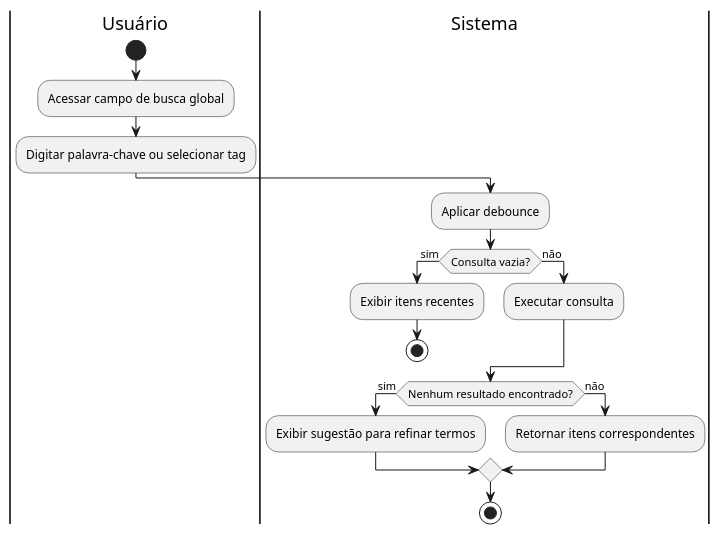
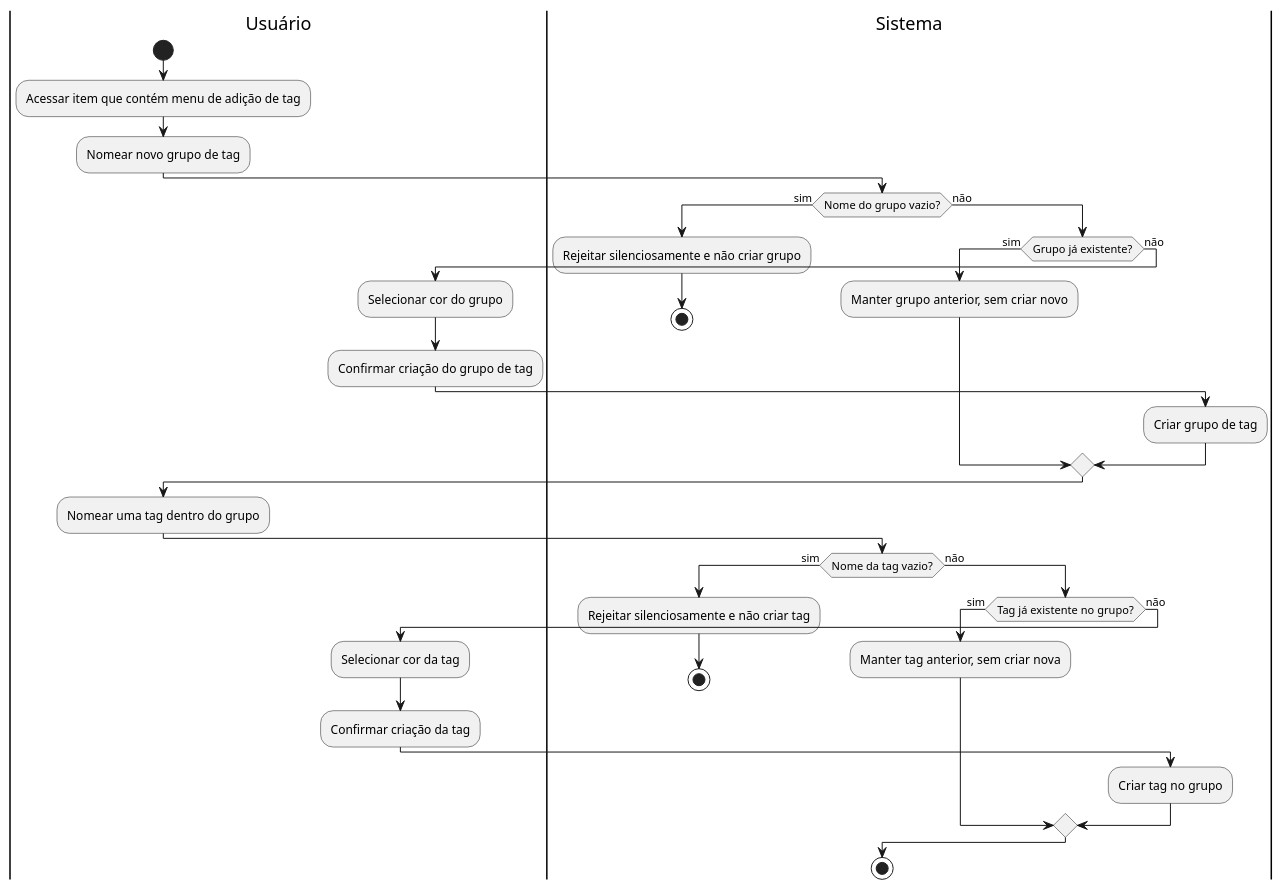
Before and after one commit to aspiringluke/Projeto-Integrado-Mobile: the diagram in docs/casosUso/uml/diagramas_atividade/diagrama_atividade_UC13.puml, drawn with PlantUML. The commit also changed 31 other files, not shown here.

```diff
--- a/docs/casosUso/uml/diagramas_atividade/diagrama_atividade_UC13.puml
+++ b/docs/casosUso/uml/diagramas_atividade/diagrama_atividade_UC13.puml
@@ -1,24 +1,44 @@
 @startuml diagrama_UC13
 
 |Usuário|
 start
-:Acessar campo de busca global;
-:Digitar palavra-chave ou selecionar tag;
+:Acessar item que contém menu de adição de tag;
+:Nomear novo grupo de tag;
 
 |Sistema|
-:Aplicar debounce;
-if (Consulta vazia?) then (sim)
-  :Exibir itens recentes;
+if (Nome do grupo vazio?) then (sim)
+  :Rejeitar silenciosamente e não criar grupo;
   stop
 else (não)
-  :Executar consulta;
+  if (Grupo já existente?) then (sim)
+    :Manter grupo anterior, sem criar novo;
+  else (não)
+    |Usuário|
+    :Selecionar cor do grupo;
+    :Confirmar criação do grupo de tag;
+    |Sistema|
+    :Criar grupo de tag;
+  endif
 endif
 
-if (Nenhum resultado encontrado?) then (sim)
-  :Exibir sugestão para refinar termos;
+|Usuário|
+:Nomear uma tag dentro do grupo;
+
+|Sistema|
+if (Nome da tag vazio?) then (sim)
+  :Rejeitar silenciosamente e não criar tag;
+  stop
 else (não)
-  :Retornar itens correspondentes;
+  if (Tag já existente no grupo?) then (sim)
+    :Manter tag anterior, sem criar nova;
+  else (não)
+    |Usuário|
+    :Selecionar cor da tag;
+    :Confirmar criação da tag;
+    |Sistema|
+    :Criar tag no grupo;
+  endif
 endif
 
 stop
 @enduml
```
